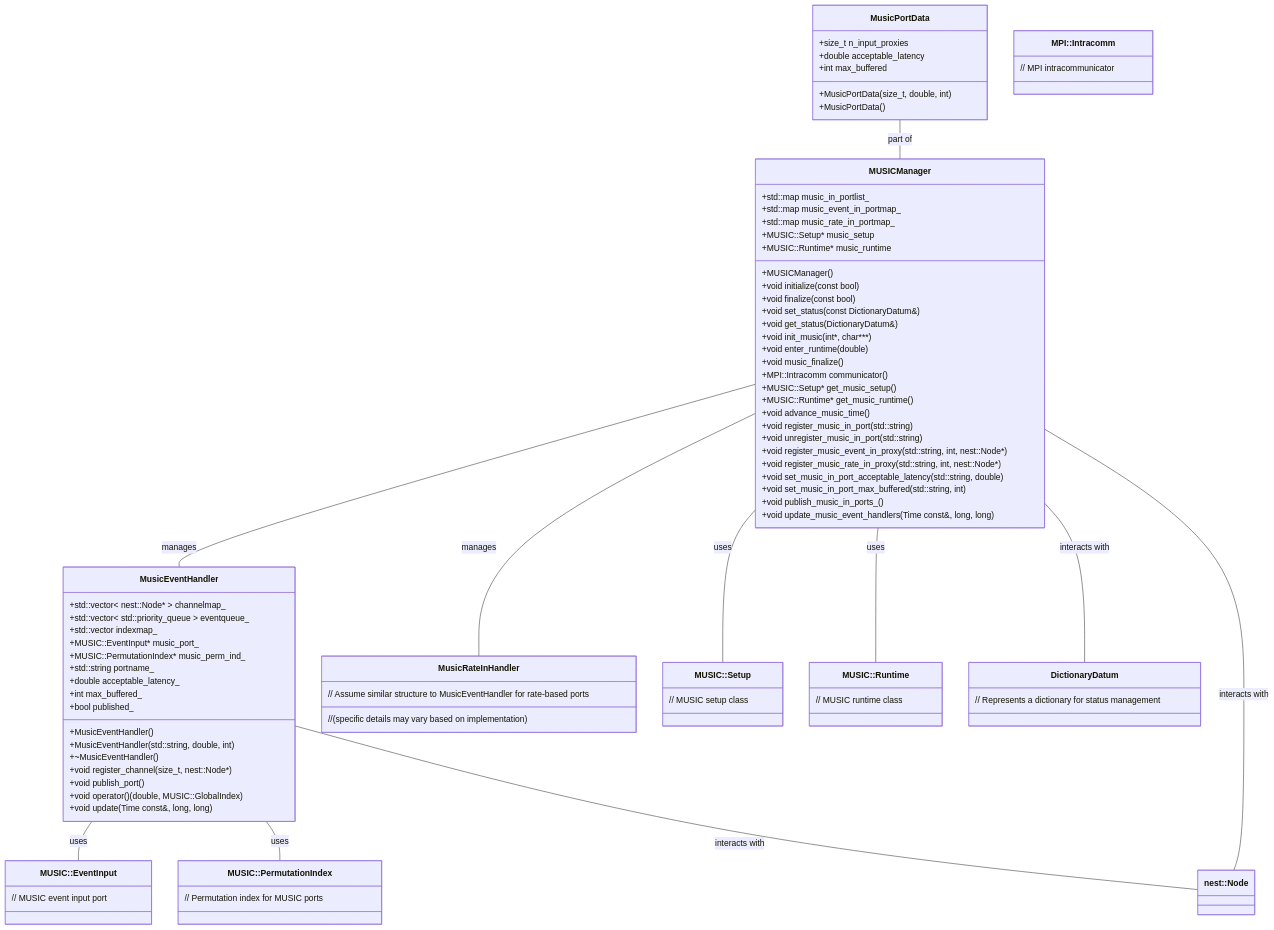
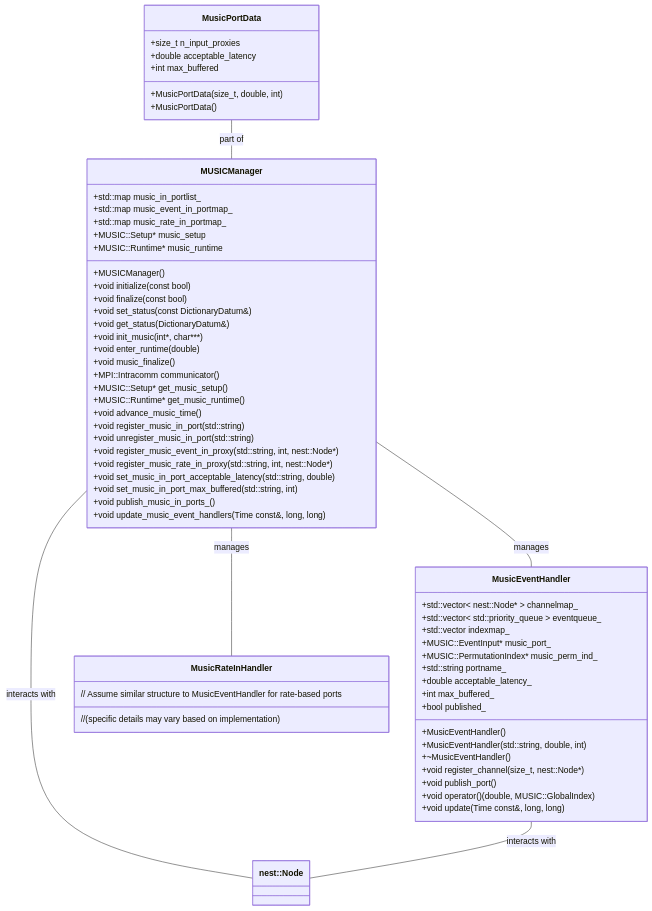
The diagram in doc/htmldoc/developer_space/managers/music_manager.rst (nest/nest-simulator), drawn with Mermaid before and after one commit. The commit also changed other lines of this file and 2 other files, not shown here.

Commit message:
modify manager text diagrams

```diff
--- a/doc/htmldoc/developer_space/managers/music_manager.rst
+++ b/doc/htmldoc/developer_space/managers/music_manager.rst
@@ -500,77 +74,46 @@
         +void set_music_in_port_max_buffered(std::string, int)
         +void publish_music_in_ports_()
         +void update_music_event_handlers(Time const&, long, long)
-    }
+      }
 
-    class MusicEventHandler {
-        +std::vector< nest::Node* > channelmap_
-        +std::vector< std::priority_queue<double> > eventqueue_
-        +std::vector<unsigned int> indexmap_
-        +MUSIC::EventInput* music_port_
-        +MUSIC::PermutationIndex* music_perm_ind_
-        +std::string portname_
-        +double acceptable_latency_
-        +int max_buffered_
-        +bool published_
-        +MusicEventHandler()
-        +MusicEventHandler(std::string, double, int)
-        +~MusicEventHandler()
-        +void register_channel(size_t, nest::Node*)
-        +void publish_port()
-        +void operator()(double, MUSIC::GlobalIndex)
-        +void update(Time const&, long, long)
-    }
+      class MusicEventHandler {
+          +std::vector< nest::Node* > channelmap_
+          +std::vector< std::priority_queue<double> > eventqueue_
+          +std::vector<unsigned int> indexmap_
+          +MUSIC::EventInput* music_port_
+          +MUSIC::PermutationIndex* music_perm_ind_
+          +std::string portname_
+          +double acceptable_latency_
+          +int max_buffered_
+          +bool published_
+          +MusicEventHandler()
+          +MusicEventHandler(std::string, double, int)
+          +~MusicEventHandler()
+          +void register_channel(size_t, nest::Node*)
+          +void publish_port()
+          +void operator()(double, MUSIC::GlobalIndex)
+          +void update(Time const&, long, long)
+      }
 
-    class MusicRateInHandler {
-        // Assume similar structure to MusicEventHandler for rate-based ports
-        // (specific details may vary based on implementation)
-    }
+      class MusicRateInHandler {
+          // Assume similar structure to MusicEventHandler for rate-based ports
+          // (specific details may vary based on implementation)
+      }
 
-    class MusicPortData {
-        +size_t n_input_proxies
-        +double acceptable_latency
-        +int max_buffered
-        +MusicPortData(size_t, double, int)
-        +MusicPortData()
-    }
+      class MusicPortData {
+          +size_t n_input_proxies
+          +double acceptable_latency
+          +int max_buffered
+          +MusicPortData(size_t, double, int)
+          +MusicPortData()
+      }
 
-    class DictionaryDatum {
-        // Represents a dictionary for status management
-    }
 
-    class Node["nest::Node"] {
-        %% Represents a node in the simulation
-    }
+      class Node["nest::Node"]
 
-    class Setup["MUSIC::Setup"] {
-        // MUSIC setup class
-    }
 
-    class Runtime["MUSIC::Runtime"] {
-        // MUSIC runtime class
-    }
-
-    class EventInput["MUSIC::EventInput"] {
-        // MUSIC event input port
-    }
-
-    class PermutationIndex["MUSIC::PermutationIndex"] {
-        // Permutation index for MUSIC ports
-    }
-
-    class Intracomm["MPI::Intracomm"] {
-        // MPI intracommunicator
-    }
-
-    MUSICManager--MusicEventHandler: manages
-    MUSICManager--MusicRateInHandler: manages
-    MUSICManager--Setup: uses
-    MUSICManager--Runtime: uses
-    MUSICManager--DictionaryDatum: interacts with
-    MUSICManager--Node: interacts with
-
-    MusicEventHandler--EventInput: uses
-    MusicEventHandler--PermutationIndex: uses
-    MusicEventHandler--Node: interacts with
-
-    MusicPortData--MUSICManager: part of
+      MUSICManager--MusicEventHandler: manages
+      MUSICManager--MusicRateInHandler: manages
+      MUSICManager--Node: interacts with
+      MusicEventHandler--Node: interacts with
+      MusicPortData--MUSICManager: part of
```
